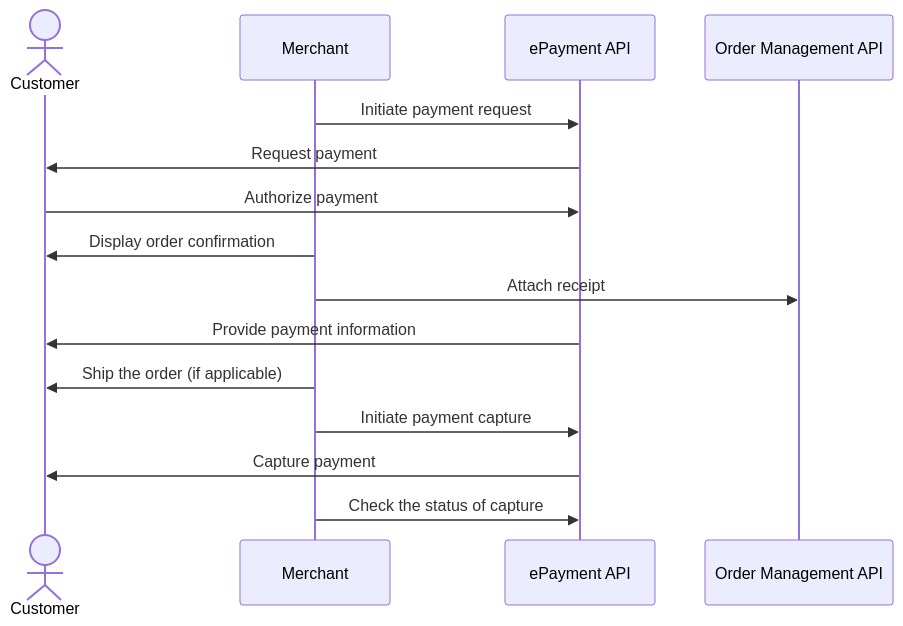
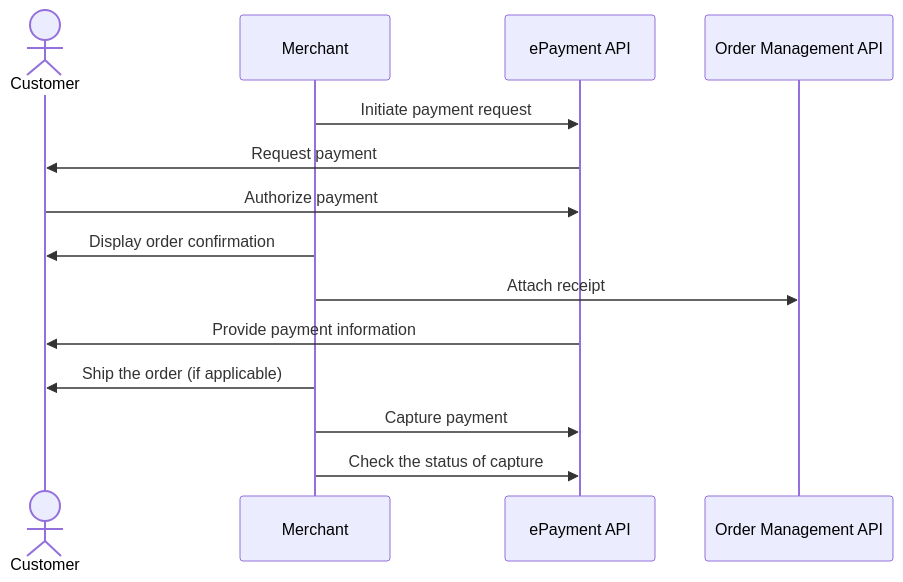
The diagram in online/README.md (vippsas/vipps-solutions), drawn with Mermaid before and after one commit. The commit also changed 11 other files, not shown here.

Commit message:
Update all the sequence diagrams One line in capture: M->>ePayment: Capture payment

````diff
--- a/online/README.md
+++ b/online/README.md
@@ -110,18 +110,17 @@
 ``` mermaid
 sequenceDiagram
     actor C as Customer
     participant M as Merchant
     participant ePayment as ePayment API
     participant ordermanagement as Order Management API
 
     M->>ePayment: Initiate payment request
     ePayment->>C: Request payment
     C->>ePayment: Authorize payment
     M->>C: Display order confirmation
     M->> ordermanagement: Attach receipt
     ePayment->>C: Provide payment information
     M->>C: Ship the order (if applicable)
-    M->>ePayment: Initiate payment capture
-    ePayment->>C: Capture payment
+    M->>ePayment: Capture payment 
     M->>ePayment: Check the status of capture
 ```
````
